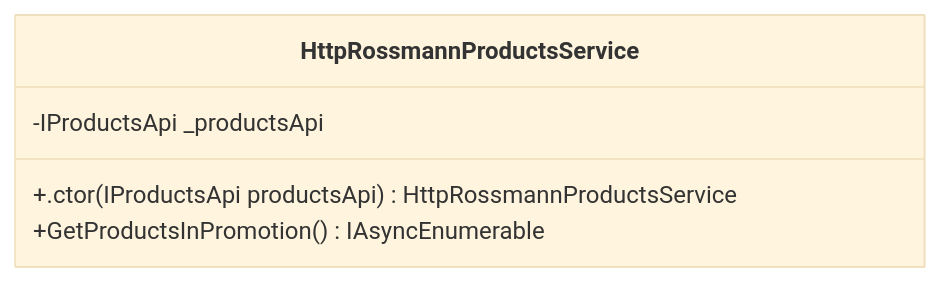
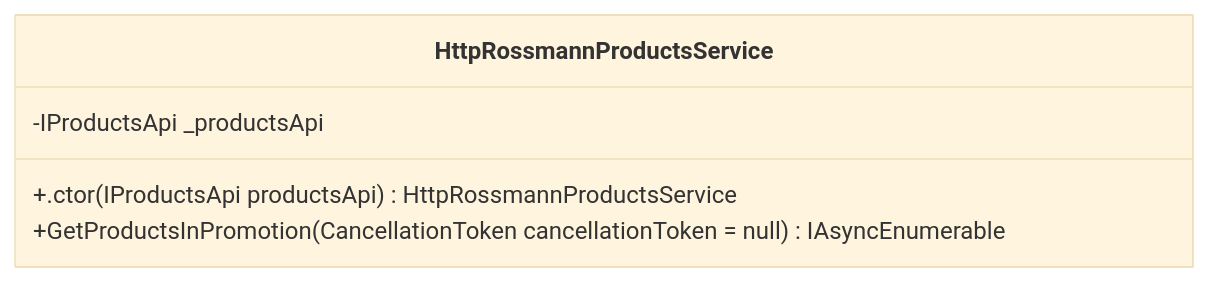
Diagram 13 of 13 in CODE_METRICS.md (dominikus1993/argo-rossmann-product-fetcher), drawn with Mermaid (base theme) before and after one commit. The commit also changed other lines of this file, not shown here.

````diff
--- a/CODE_METRICS.md
+++ b/CODE_METRICS.md
@@ -646,9 +798,9 @@
 ```mermaid
 classDiagram
 class HttpRossmannProductsService{
     -IProductsApi _productsApi
     +.ctor(IProductsApi productsApi) HttpRossmannProductsService
-    +GetProductsInPromotion() IAsyncEnumerable<RossmannProductDto>
+    +GetProductsInPromotion(CancellationToken cancellationToken = null) IAsyncEnumerable<RossmannProductDto>
 }
 
 ```
````
